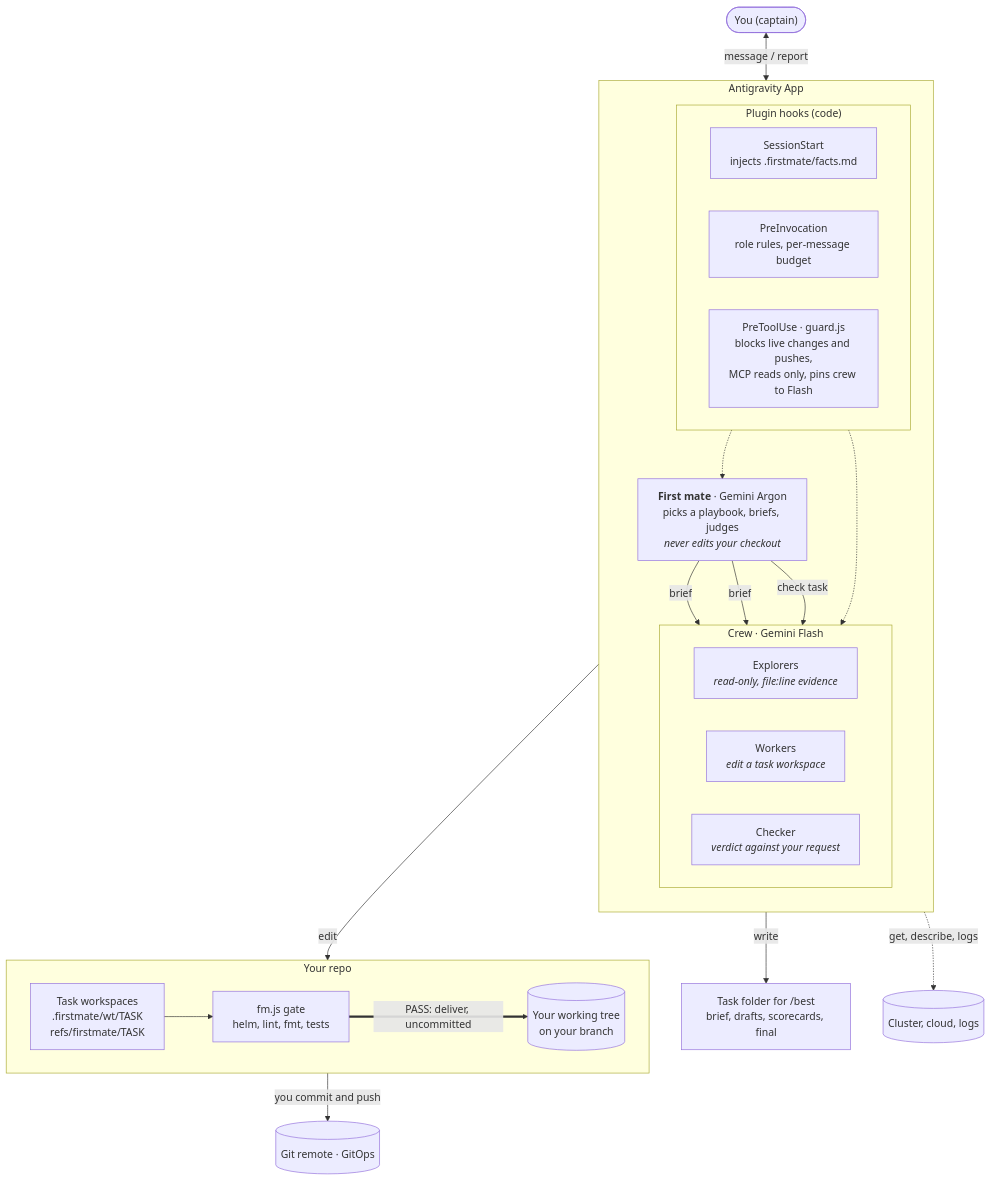
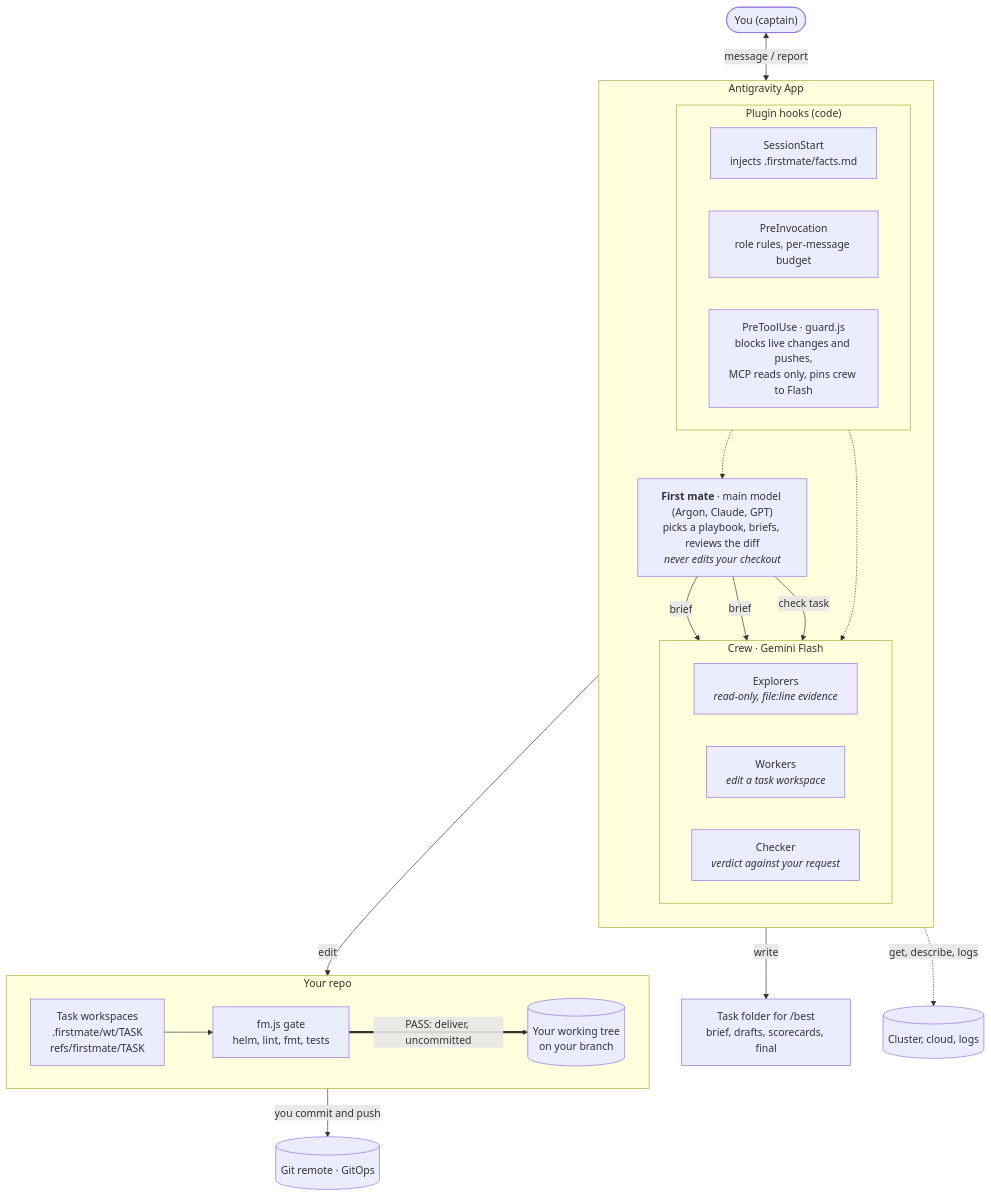
One commit to cuongtt0201/antigravity-firstmate changed the first of 2 diagrams in README.md. Above: the diagram before and after it, drawn with Mermaid. The commit also changed other lines of this file and 13 other files, not shown here.

````diff
--- a/README.md
+++ b/README.md
@@ -18,45 +18,45 @@
 ```mermaid
 flowchart TB
   you(["You (captain)"])
 
   subgraph app["Antigravity App"]
     direction TB
     subgraph hooks["Plugin hooks (code)"]
       direction LR
       ss["SessionStart<br/>injects .firstmate/facts.md"]
       pi["PreInvocation<br/>role rules, per-message budget"]
       guard["PreToolUse · guard.js<br/>blocks live changes and pushes,<br/>MCP reads only, pins crew to Flash"]
     end
-    fm["<b>First mate</b> · Gemini Argon<br/>picks a playbook, briefs, judges<br/><i>never edits your checkout</i>"]
+    fm["<b>First mate</b> · main model (Argon, Claude, GPT)<br/>picks a playbook, briefs, reviews the diff<br/><i>never edits your checkout</i>"]
     subgraph crew["Crew · Gemini Flash"]
       direction LR
       ex["Explorers<br/><i>read-only, file:line evidence</i>"]
       wk["Workers<br/><i>edit a task workspace</i>"]
       ck["Checker<br/><i>verdict against your request</i>"]
     end
   end
 
   subgraph repo["Your repo"]
     direction LR
     wt["Task workspaces<br/>.firstmate/wt/TASK<br/>refs/firstmate/TASK"]
     gate["fm.js gate<br/>helm, lint, fmt, tests"]
     tree[("Your working tree<br/>on your branch")]
   end
 
   docs["Task folder for /best<br/>brief, drafts, scorecards, final"]
   live[("Cluster, cloud, logs")]
   remote[("Git remote · GitOps")]
 
   you <-->|"message / report"| fm
   hooks -.-> fm
   hooks -.-> crew
   fm -->|"brief"| ex
   fm -->|"brief"| wk
   fm -->|"check task"| ck
   ex -.->|"get, describe, logs"| live
   wk -->|"edit"| wt
   wk -->|"write"| docs
   wt --> gate
   gate ==>|"PASS: deliver, uncommitted"| tree
   tree -->|"you commit and push"| remote
 ```
````
